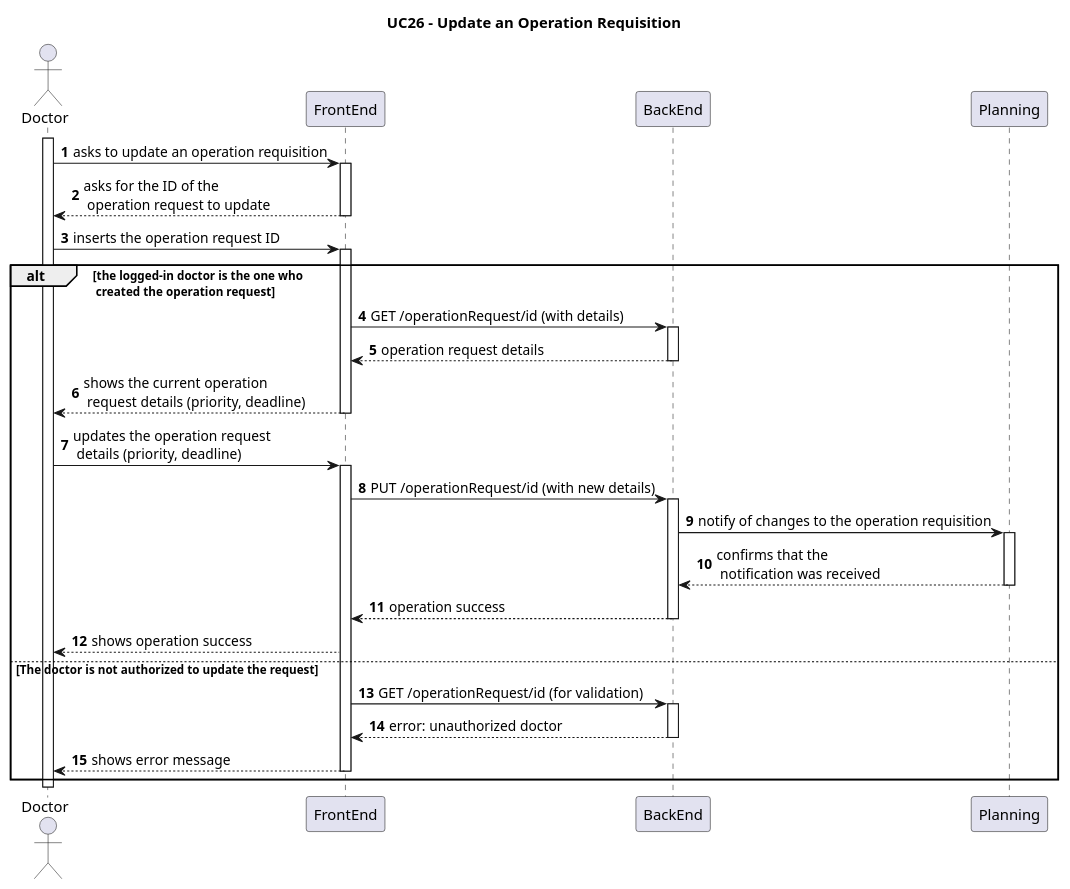
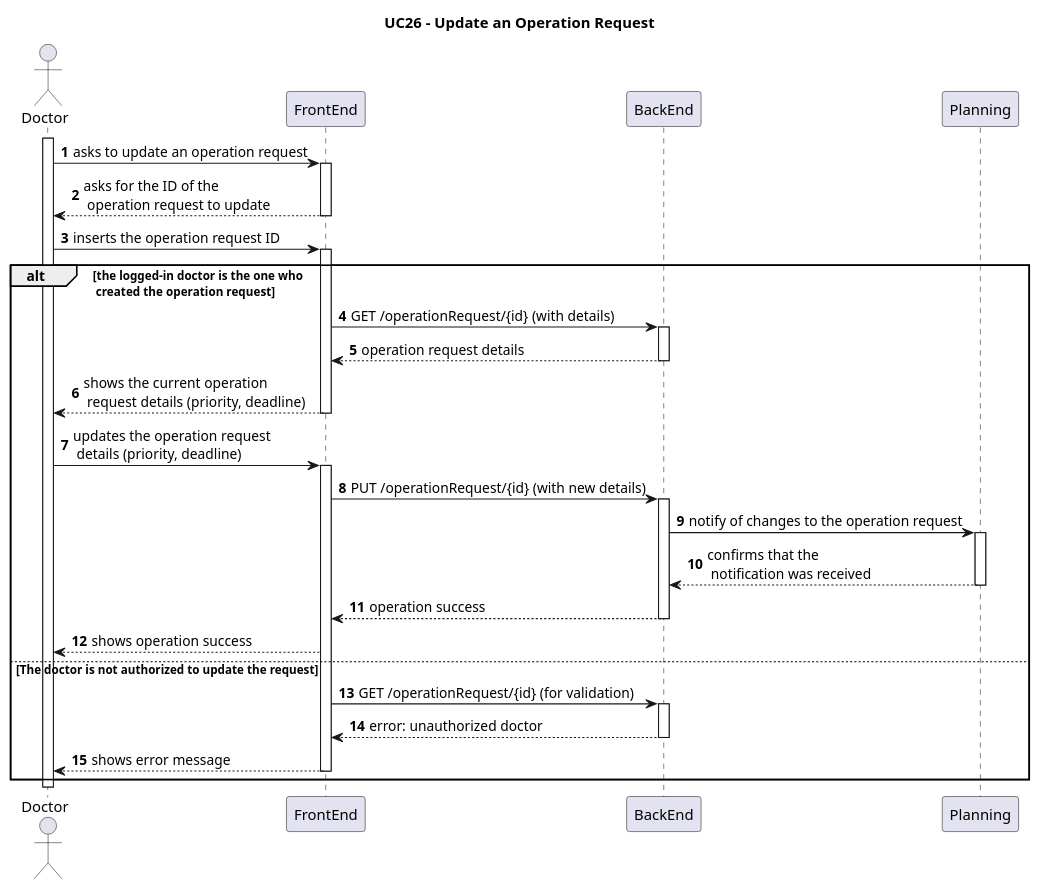
Before and after one commit to MiguelCardoso77/SurgicalSync-BackEnd: the diagram in Wiki/SprintA/diagrams/use-cases/26-update-an-operation-requisition/level2/process-view.puml, drawn with PlantUML. The commit also changed 12 other files, not shown here.

```diff
--- a/Wiki/SprintA/diagrams/use-cases/26-update-an-operation-requisition/level2/process-view.puml
+++ b/Wiki/SprintA/diagrams/use-cases/26-update-an-operation-requisition/level2/process-view.puml
@@ -1,80 +1,80 @@
 @startuml
 autonumber
 
-Title "UC26 - Update an Operation Requisition"
+Title "UC26 - Update an Operation Request"
 
 actor "Doctor" as D 
 
 participant "FrontEnd" as FE
 participant "BackEnd" as BE
 participant "Planning" as P
 
 activate D
 
-D -> FE: asks to update an operation requisition
+D -> FE: asks to update an operation request
 
 activate FE
 
 FE --> D: asks for the ID of the \n operation request to update
 
 deactivate FE
 
 D -> FE: inserts the operation request ID
 
 alt the logged-in doctor is the one who \n created the operation request
 
     activate FE
 
-    FE -> BE: GET /operationRequest/id (with details)
+    FE -> BE: GET /operationRequest/{id} (with details)
     
     activate BE
 
     BE --> FE: operation request details
     
     deactivate BE
 
     FE --> D: shows the current operation \n request details (priority, deadline)
 
     deactivate FE
 
     D -> FE: updates the operation request \n details (priority, deadline)
 
     activate FE
     
-    FE -> BE: PUT /operationRequest/id (with new details)
+    FE -> BE: PUT /operationRequest/{id} (with new details)
     
     activate BE
         
-    BE -> P: notify of changes to the operation requisition
+    BE -> P: notify of changes to the operation request
     
     activate P
     
     P --> BE : confirms that the  \n notification was received
     
     deactivate P 
     
     BE --> FE: operation success
     
     deactivate BE
     
     FE --> D: shows operation success
 
 else The doctor is not authorized to update the request
 
-    FE -> BE: GET /operationRequest/id (for validation)
+    FE -> BE: GET /operationRequest/{id} (for validation)
     
     activate BE
     
     BE --> FE: error: unauthorized doctor
     
     deactivate BE
     
     FE --> D: shows error message
     
     deactivate FE
 
 end
 
 deactivate D
 
 @enduml
```
